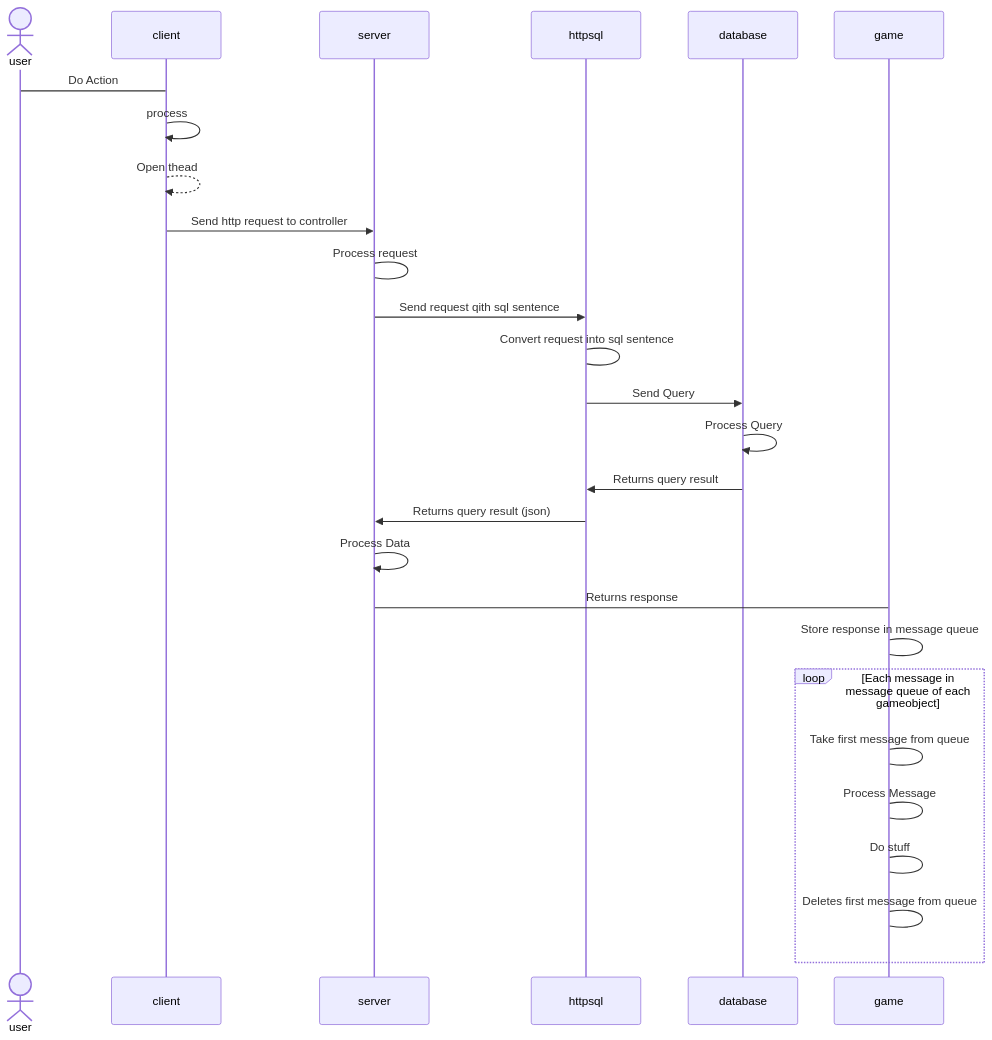
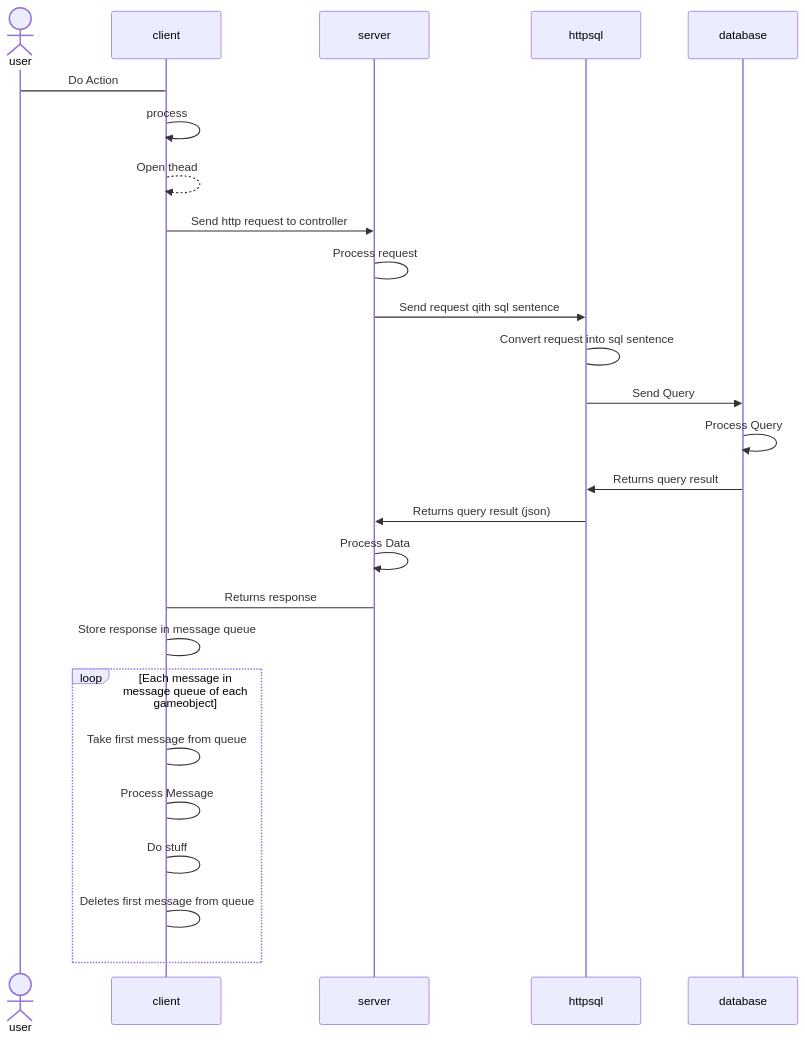
One commit to dchaves80/Automata changed the diagram in README.md. Above: the diagram before and after it, drawn with Mermaid.

````diff
--- a/README.md
+++ b/README.md
@@ -4,33 +4,33 @@
 ```mermaid
 sequenceDiagram
   actor user
   participant client
   participant server
   participant httpsql
   participant database
 %% 1
   user->client: Do Action
   client->>client: process
 %% 1
   client-->>client:Open thead
   client->>server:Send http request to controller
   server->server:Process request
   server->>httpsql:Send request qith sql sentence
   httpsql->httpsql:Convert request into sql sentence
   httpsql->>database:Send Query
   database->>database:Process Query
 %% 3
   database->>httpsql:Returns query result
   httpsql->>server:Returns query result (json)
   server->>server:Process Data
-  server->game:Returns response
-  game->game:Store response in message queue
+  server->client:Returns response
+  client->client:Store response in message queue
 
 %% 4
   loop Each message in message queue of each gameobject
-    game->game:Take first message from queue
-    game->game:Process Message
-    game->game:Do stuff
-    game->game:Deletes first message from queue
+    client->client:Take first message from queue
+    client->client:Process Message
+    client->client:Do stuff
+    client->client:Deletes first message from queue
   end
 ```
````
